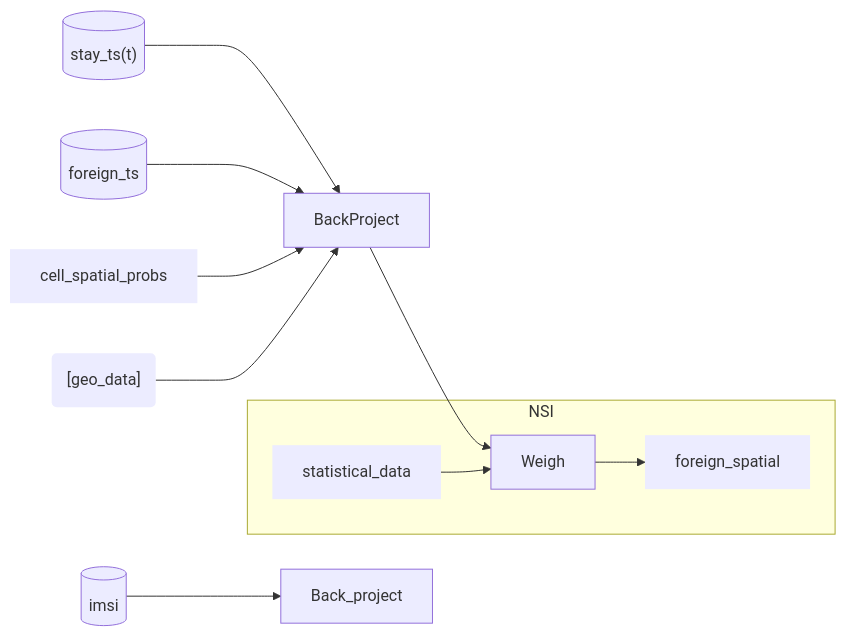
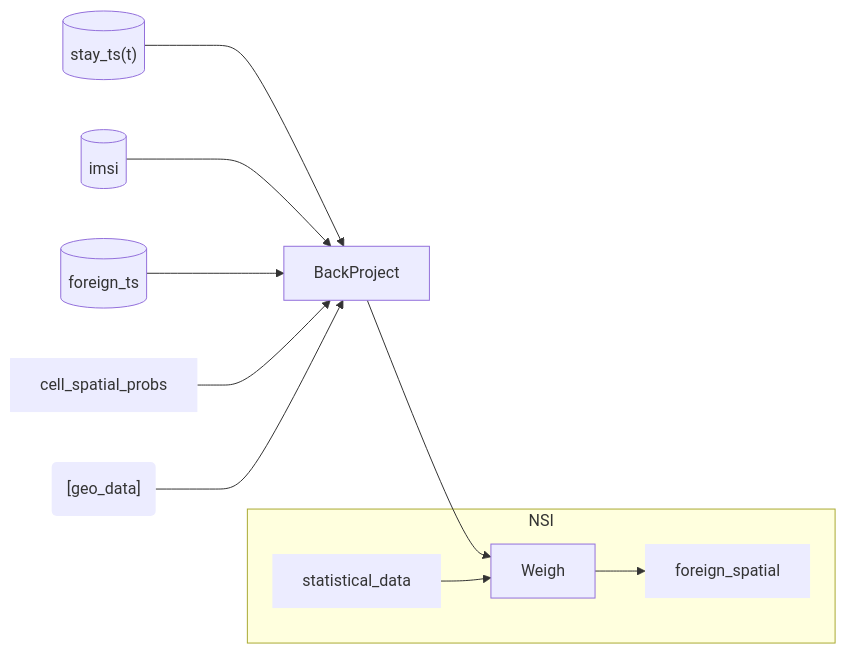
Diagram 14 of 14 in README.md (djvanderlaan/pipeline), drawn with Mermaid before and after one commit.

Commit message:
CamelCase for process steps

````diff
--- a/README.md
+++ b/README.md
@@ -177,18 +177,18 @@
 ```mermaid
 flowchart LR
 
 stay_ts[("stay_ts(t)")] --> BackProject --> Weigh 
 
-imsi[("imsi")] --> Back_project
+imsi[("imsi")] --> BackProject
 foreign_ts[("foreign_ts")] --> BackProject
 
 cell_spatial_probs:::data --> BackProject
 geo_data("[geo_data]"):::data --> BackProject
 
 subgraph NSI
   Weigh --> foreign_spatial:::data
   statistical_data:::data --> Weigh
 end
 
 classDef data stroke-width:0px
 ```
````
